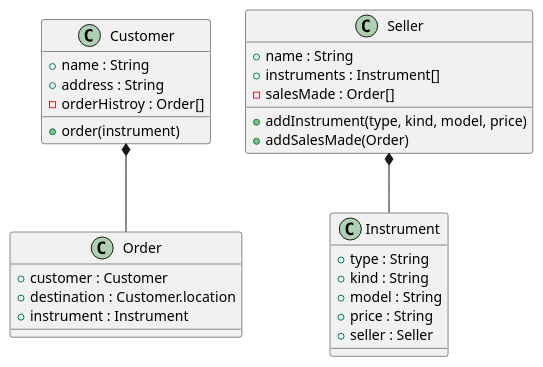
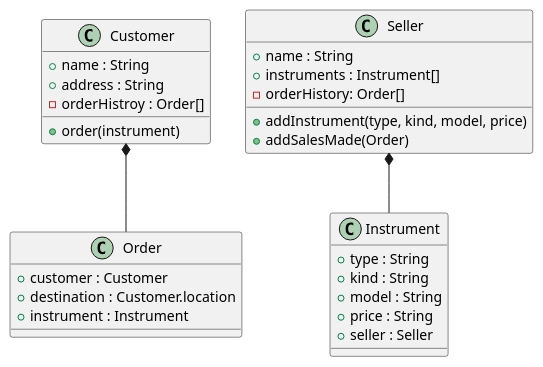
One commit to Mehmet-Alemdar/sharp-music-shop changed the diagram in class-diagram.puml. Above: the diagram before and after it, drawn with PlantUML. The commit also changed 102 other files, not shown here.

```diff
--- a/class-diagram.puml
+++ b/class-diagram.puml
@@ -1,36 +1,36 @@
 @startuml
 
 class Customer {
     + name : String
     + address : String
     - orderHistroy : Order[]
     + order(instrument)
 }
 
 
 class Seller {
     + name : String
     + instruments : Instrument[]
-    - salesMade : Order[]
+    - orderHistory: Order[]
     + addInstrument(type, kind, model, price)
     + addSalesMade(Order)
 }
 
 class Instrument {
     + type : String
     + kind : String
     + model : String
     + price : String
     + seller : Seller
 }
 
 class Order {
     + customer : Customer
     + destination : Customer.location
     + instrument : Instrument
 }
 
 Customer *-- Order
 Seller *-- Instrument
 
 @enduml
```
